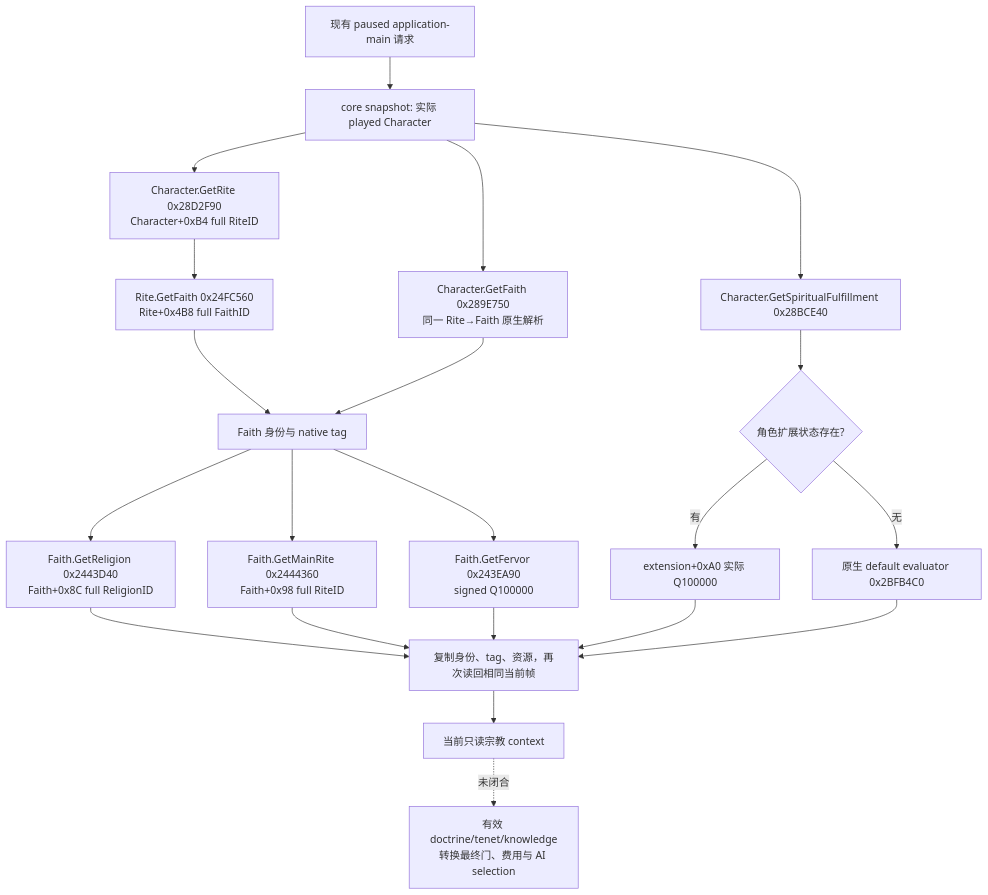
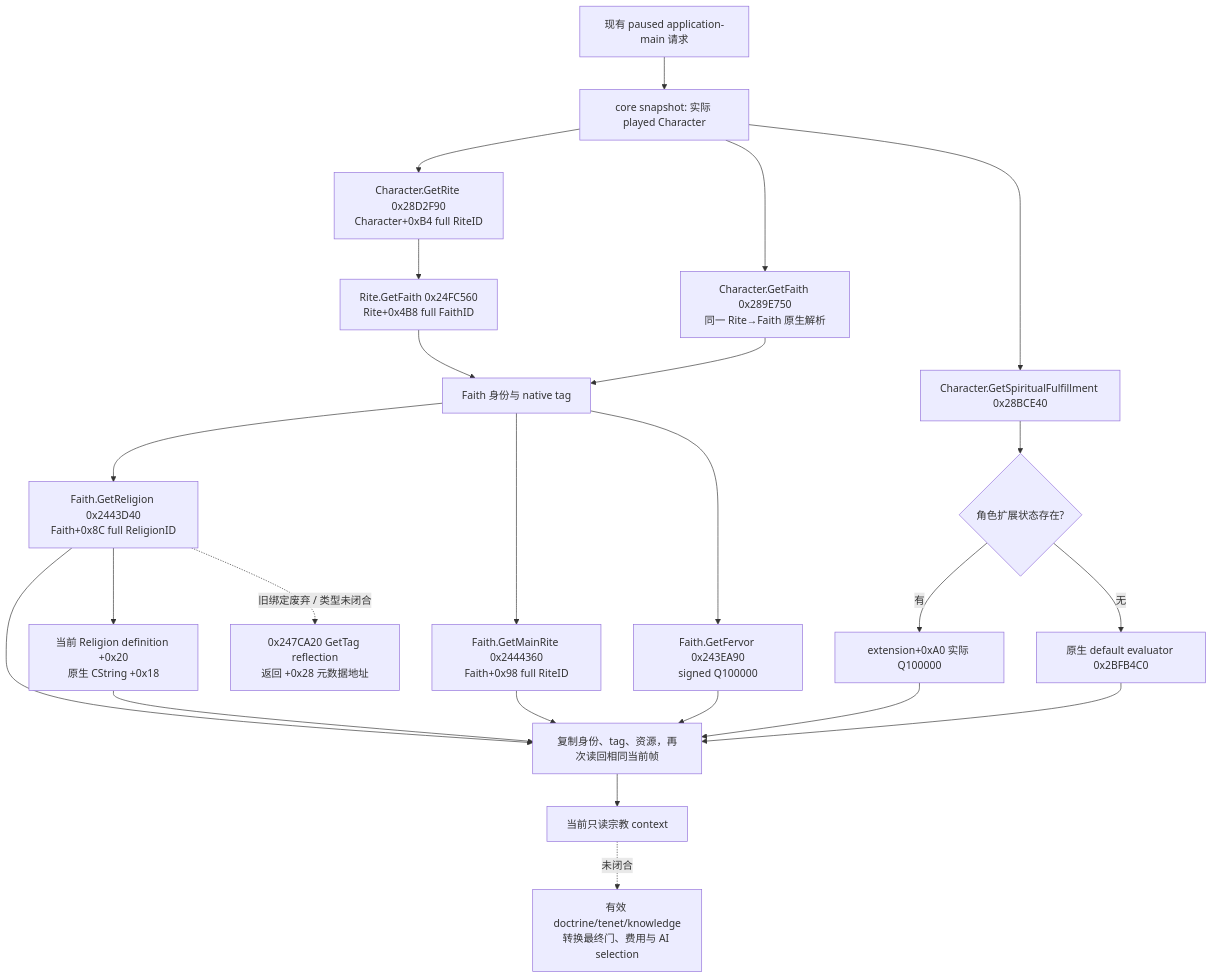
The first of 2 diagrams in docs/ck3-native-ai/ck3-1.20.0.2-religion-context.md (XenoAmess/ck3_eternal_recurrence), drawn with Mermaid before and after one commit. The commit also changed other lines of this file and 11 other files, not shown here.

Commit message:
Fix live religion context tag lookup for CK3 1.20.0.2

````diff
--- a/docs/ck3-native-ai/ck3-1.20.0.2-religion-context.md
+++ b/docs/ck3-native-ai/ck3-1.20.0.2-religion-context.md
@@ -13,23 +13,26 @@
 ```mermaid
 flowchart TD
     A[现有 paused application-main 请求] --> B[core snapshot: 实际 played Character]
     B --> C[Character.GetRite 0x28D2F90\nCharacter+0xB4 full RiteID]
     C --> D[Rite.GetFaith 0x24FC560\nRite+0x4B8 full FaithID]
     B --> E[Character.GetFaith 0x289E750\n同一 Rite→Faith 原生解析]
     D --> F[Faith 身份与 native tag]
     E --> F
     F --> G[Faith.GetReligion 0x2443D40\nFaith+0x8C full ReligionID]
     F --> H[Faith.GetMainRite 0x2444360\nFaith+0x98 full RiteID]
     F --> I[Faith.GetFervor 0x243EA90\nsigned Q100000]
     B --> J[Character.GetSpiritualFulfillment 0x28BCE40]
     J --> K{角色扩展状态存在?}
     K -->|有| L[extension+0xA0 实际 Q100000]
     K -->|无| M[原生 default evaluator 0x2BFB4C0]
     G --> N[复制身份、tag、资源，再次读回相同当前帧]
+    G --> RT[当前 Religion definition +0x20\n原生 CString +0x18]
+    RT --> N
+    G -. 旧绑定废弃 / 类型未闭合 .-> OLD[0x247CA20 GetTag reflection\n返回 +0x28 元数据地址]
     H --> N
     I --> N
     L --> N
     M --> N
     N --> O[当前只读宗教 context]
     O -. 未闭合 .-> U[有效 doctrine/tenet/knowledge\n转换最终门、费用与 AI selection]
 ```
````
